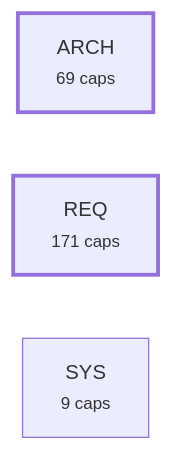
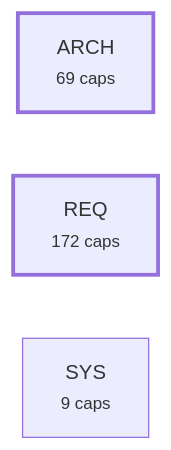
Before and after one commit to alxmax/Requirement-manager: the fourth of 5 diagrams in plugin/requirements/_map.md, drawn with Mermaid. The commit also changed other lines of this file and 19 other files, not shown here.

````diff
--- a/plugin/requirements/_map.md
+++ b/plugin/requirements/_map.md
@@ -974,8 +976,8 @@
 ```mermaid
 graph LR
   a_ARCH["ARCH<br><small>69 caps</small>"]
-  a_REQ["REQ<br><small>171 caps</small>"]
+  a_REQ["REQ<br><small>172 caps</small>"]
   a_SYS["SYS<br><small>9 caps</small>"]
   style a_ARCH stroke-width:3px
   style a_REQ stroke-width:3px
 ```
````
